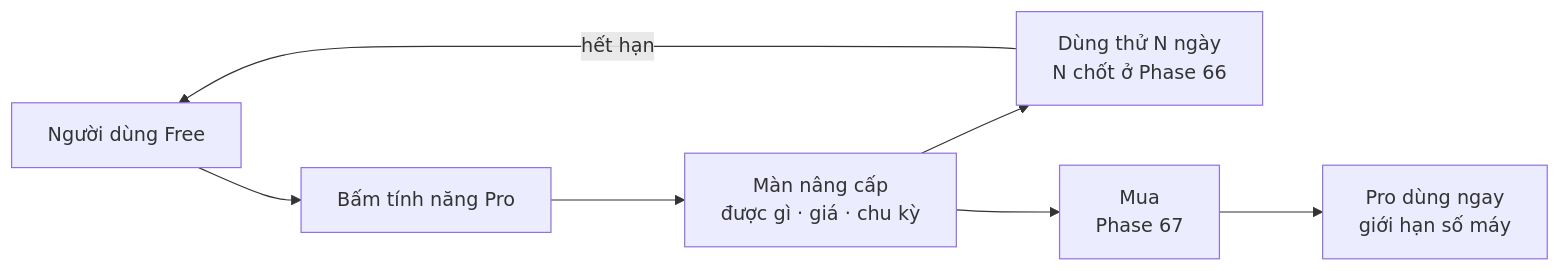
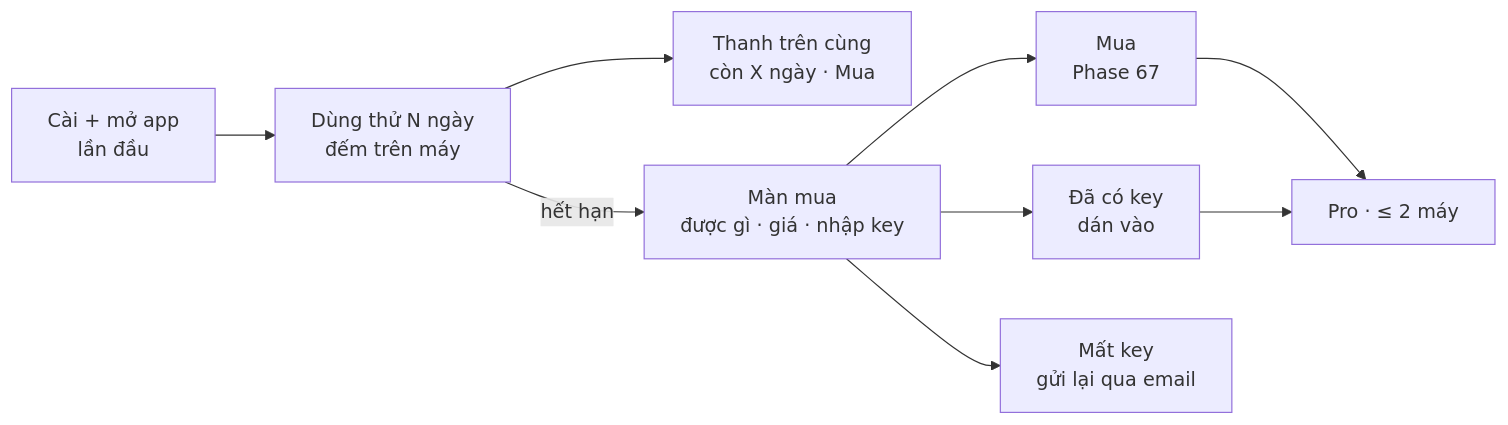
Before and after one commit to nvminhtu/niche-radar-docs: the diagram in docs/web/phase-68-paywall-trial.md, drawn with Mermaid. The commit also changed other lines of this file and 45 other files, not shown here.

Commit message:
docs: sync — bán app Mac + Windows, V9/V10 lên trên, vạch KO LÀM, Phase 82 Windows, đánh giá lại Wow Keywords

````diff
--- a/docs/web/phase-68-paywall-trial.md
+++ b/docs/web/phase-68-paywall-trial.md
@@ -10,9 +10,10 @@
 ```mermaid
 flowchart LR
-  F[Người dùng Free] --> T[Bấm tính năng Pro]
-  T --> PW[Màn nâng cấp<br/>được gì · giá · chu kỳ]
-  PW --> TR[Dùng thử N ngày<br/>N chốt ở Phase 66]
+  I[Cài + mở app<br/>lần đầu] --> TR[Dùng thử N ngày<br/>đếm trên máy]
+  TR --> BAR[Thanh trên cùng<br/>còn X ngày · Mua]
+  TR -- hết hạn --> PW[Màn mua<br/>được gì · giá · nhập key]
   PW --> BUY[Mua<br/>Phase 67]
-  TR -- hết hạn --> F
-  BUY --> PRO[Pro dùng ngay<br/>giới hạn số máy]
+  PW --> KEY[Đã có key<br/>dán vào]
+  PW --> LOST[Mất key<br/>gửi lại qua email]
+  BUY & KEY --> PRO[Pro · ≤ 2 máy]
 ```
````
